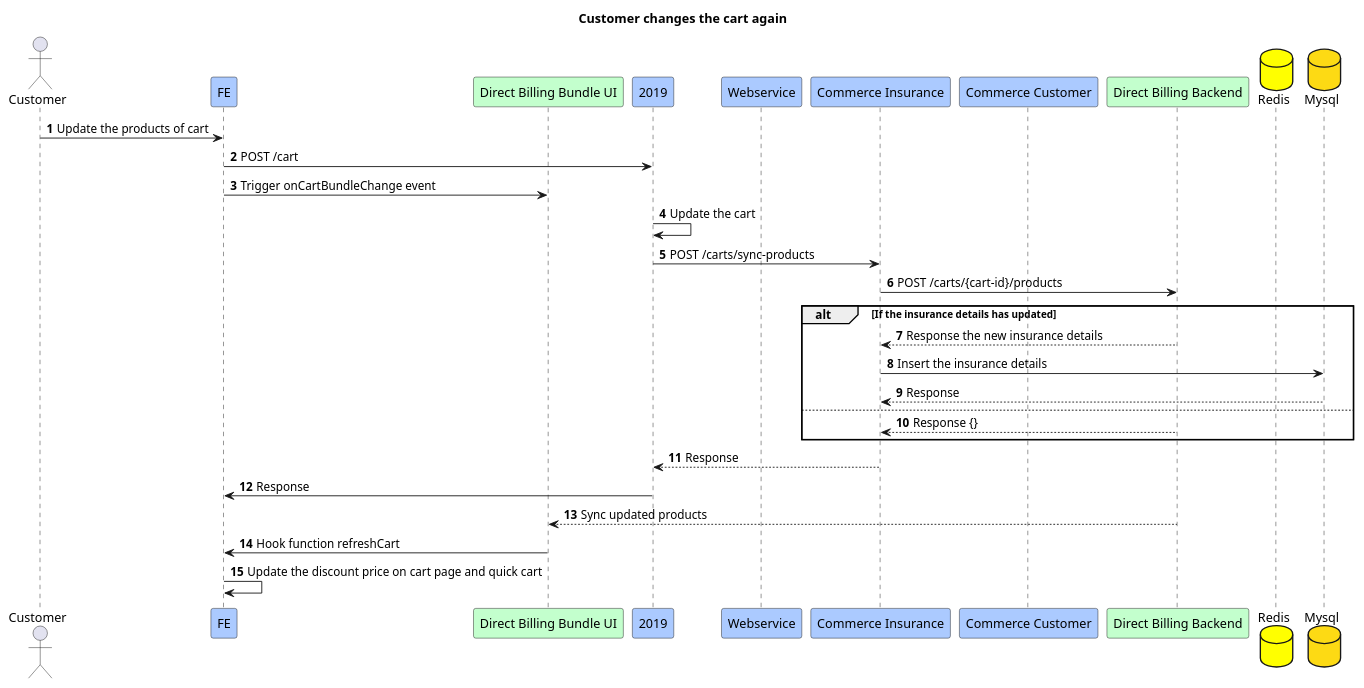
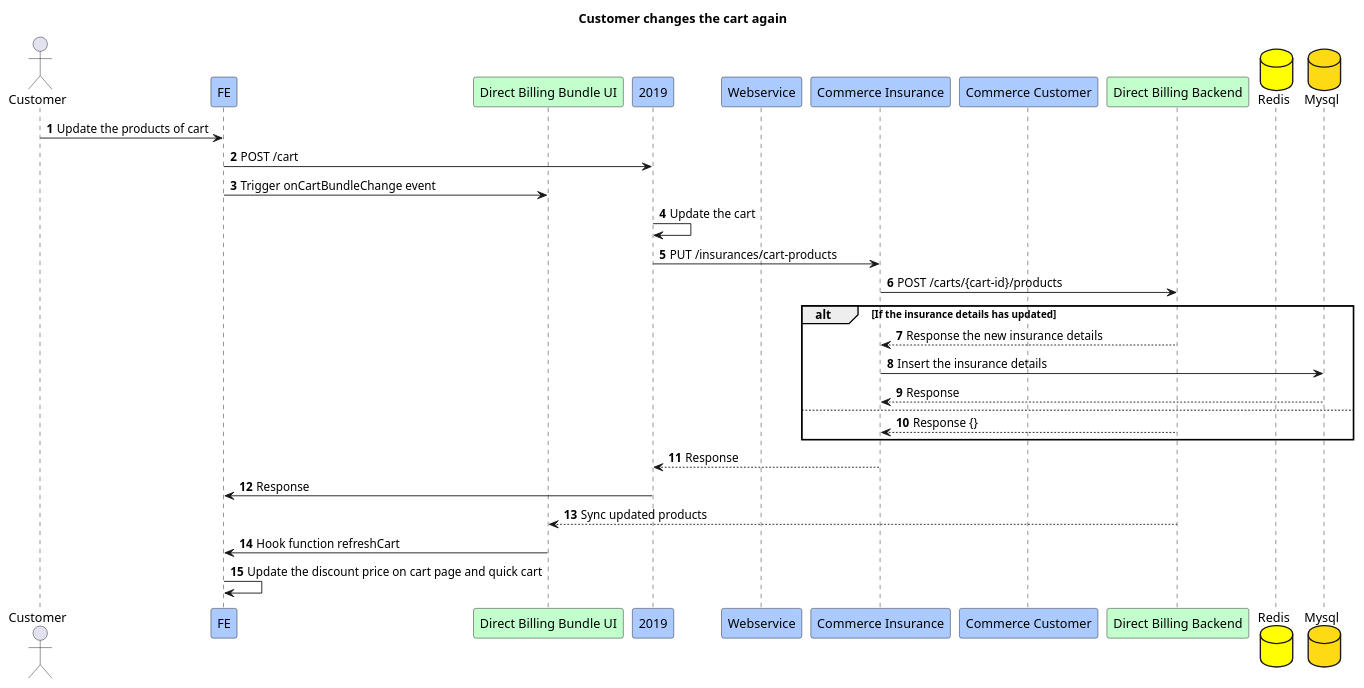
Before and after one commit to Jayounger/EyeMed-Sequence-Diagram: the diagram in 11.Customer changes the cart again.puml, drawn with PlantUML. The commit also changed 13 other files, not shown here.

```diff
--- a/11.Customer changes the cart again.puml
+++ b/11.Customer changes the cart again.puml
@@ -1,35 +1,35 @@
 @startuml
 title Customer changes the cart again
 actor Customer
 participant FE #abcaff
 participant "Direct Billing Bundle UI" #c3ffcd
 participant "2019" #abcaff
 participant "Webservice" #abcaff
 participant "Commerce Insurance" #abcaff
 participant "Commerce Customer" #abcaff
 participant "Direct Billing Backend" #c3ffcd
 database "Redis" #yellow
 database "Mysql" #fdda14
 
 autonumber
 Customer -> FE:Update the products of cart
 FE -> 2019:POST /cart
 FE -> "Direct Billing Bundle UI":Trigger onCartBundleChange event
 
 2019 -> 2019:Update the cart
-2019 -> "Commerce Insurance":POST /carts/sync-products
+2019 -> "Commerce Insurance":PUT /insurances/cart-products
 "Commerce Insurance" -> "Direct Billing Backend":POST /carts/{cart-id}/products
 alt If the insurance details has updated
     "Direct Billing Backend" --> "Commerce Insurance":Response the new insurance details
     "Commerce Insurance" -> "Mysql":Insert the insurance details
     "Mysql" --> "Commerce Insurance":Response
 else
     "Direct Billing Backend" --> "Commerce Insurance":Response {}
 end
 "Commerce Insurance" --> 2019:Response
 "2019" -> FE:Response
 "Direct Billing Backend" --> "Direct Billing Bundle UI":Sync updated products
 "Direct Billing Bundle UI" -> FE:Hook function refreshCart
 FE -> FE:Update the discount price on cart page and quick cart
 
 @enduml
```
